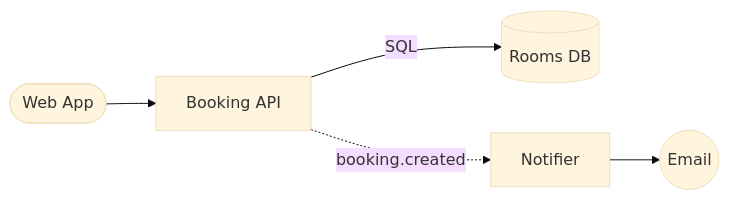
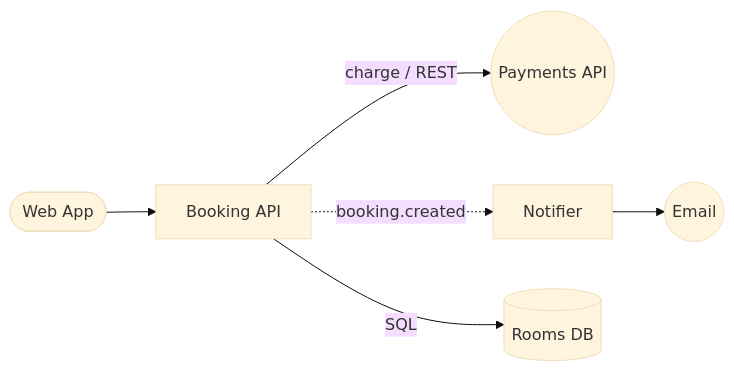
Before and after one commit to taku629/whiteboard2repo-demo: the diagram in ARCHITECTURE.md, drawn with Mermaid (base theme). The commit also changed other lines of this file and 8 other files, not shown here.

````diff
--- a/ARCHITECTURE.md
+++ b/ARCHITECTURE.md
@@ -5,12 +5,14 @@
 ```mermaid
 flowchart LR
   web_app(["Web App"])
   booking_api["Booking API"]
-  rooms_db[("Rooms DB")]
+  payments_api(("Payments API"))
   notifier["Notifier"]
   email(("Email"))
+  rooms_db[("Rooms DB")]
   web_app --> booking_api
-  booking_api -->|"SQL"| rooms_db
+  booking_api -->|"charge / REST"| payments_api
   booking_api -.->|"booking.created"| notifier
   notifier --> email
+  booking_api -->|"SQL"| rooms_db
 ```
````
